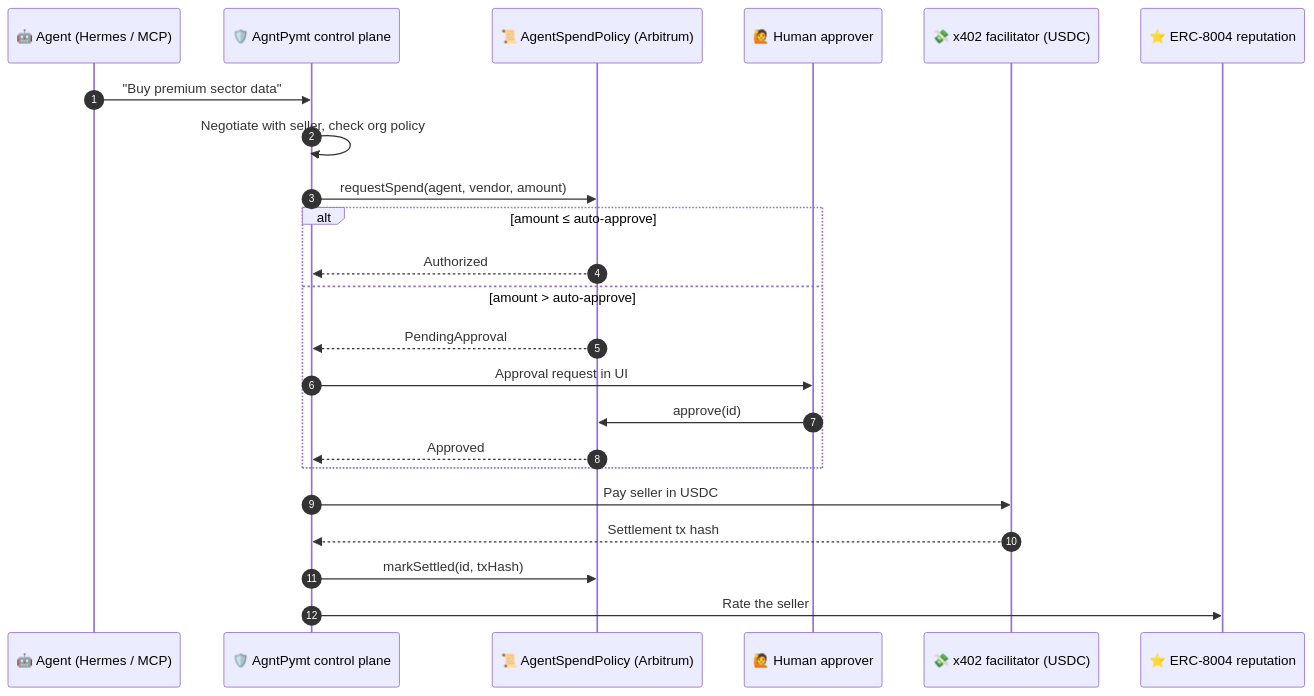
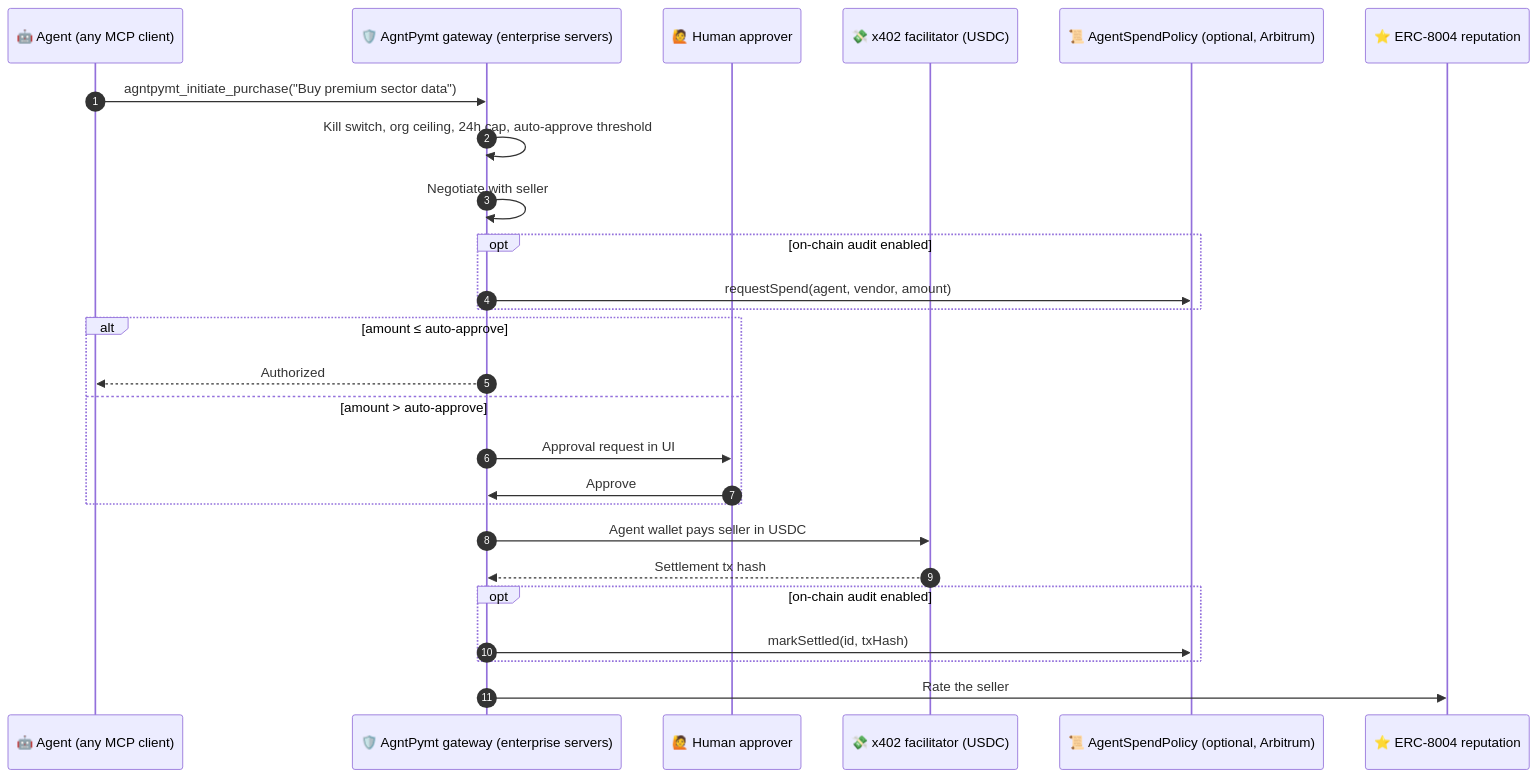
The diagram in README.md (SumitShinde0702/agntpymt-colosseum), drawn with Mermaid before and after one commit. The commit also changed other lines of this file and 34 other files, not shown here.

````diff
--- a/README.md
+++ b/README.md
@@ -82,26 +93,29 @@
 ```mermaid
 sequenceDiagram
     autonumber
-    participant A as 🤖 Agent (Hermes / MCP)
-    participant P as 🛡️ AgntPymt control plane
-    participant C as 📜 AgentSpendPolicy (Arbitrum)
+    participant A as 🤖 Agent (any MCP client)
+    participant P as 🛡️ AgntPymt gateway (enterprise servers)
     participant H as 🙋 Human approver
     participant X as 💸 x402 facilitator (USDC)
+    participant C as 📜 AgentSpendPolicy (optional, Arbitrum)
     participant R as ⭐ ERC-8004 reputation
 
-    A->>P: "Buy premium sector data"
-    P->>P: Negotiate with seller, check org policy
-    P->>C: requestSpend(agent, vendor, amount)
+    A->>P: agntpymt_initiate_purchase("Buy premium sector data")
+    P->>P: Kill switch, org ceiling, 24h cap, auto-approve threshold
+    P->>P: Negotiate with seller
+    opt on-chain audit enabled
+        P->>C: requestSpend(agent, vendor, amount)
+    end
     alt amount ≤ auto-approve
-        C-->>P: Authorized
+        P-->>A: Authorized
     else amount > auto-approve
-        C-->>P: PendingApproval
         P->>H: Approval request in UI
-        H->>C: approve(id)
-        C-->>P: Approved
+        H->>P: Approve
     end
-    P->>X: Pay seller in USDC
+    P->>X: Agent wallet pays seller in USDC
     X-->>P: Settlement tx hash
-    P->>C: markSettled(id, txHash)
+    opt on-chain audit enabled
+        P->>C: markSettled(id, txHash)
+    end
     P->>R: Rate the seller
 ```
````
